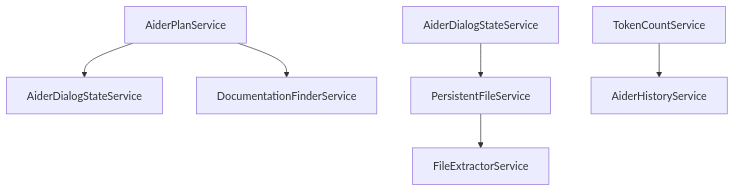
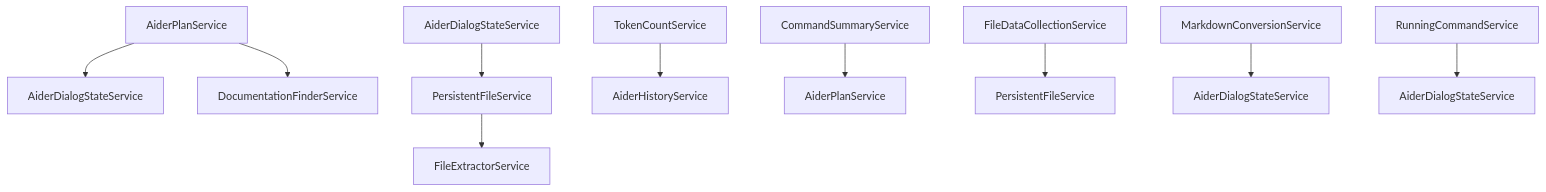
One commit to p-wegner/coding-aider changed the diagram in src/main/kotlin/de/andrena/codingaider/services/services.md. Above: the diagram before and after it, drawn with Mermaid. The commit also changed other lines of this file, not shown here.

````diff
--- a/src/main/kotlin/de/andrena/codingaider/services/services.md
+++ b/src/main/kotlin/de/andrena/codingaider/services/services.md
@@ -9,8 +9,12 @@
 ```mermaid
 graph TD
     A[AiderPlanService] --> B[AiderDialogStateService]
     A --> C[DocumentationFinderService]
     D[PersistentFileService] --> E[FileExtractorService]
     F[TokenCountService] --> G[AiderHistoryService]
     H[AiderDialogStateService] --> D
+    I[CommandSummaryService] --> J[AiderPlanService]
+    K[FileDataCollectionService] --> L[PersistentFileService]
+    M[MarkdownConversionService] --> N[AiderDialogStateService]
+    O[RunningCommandService] --> P[AiderDialogStateService]
 ```
````
